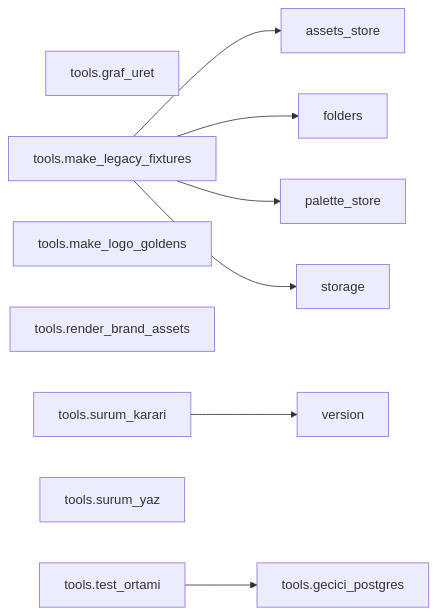
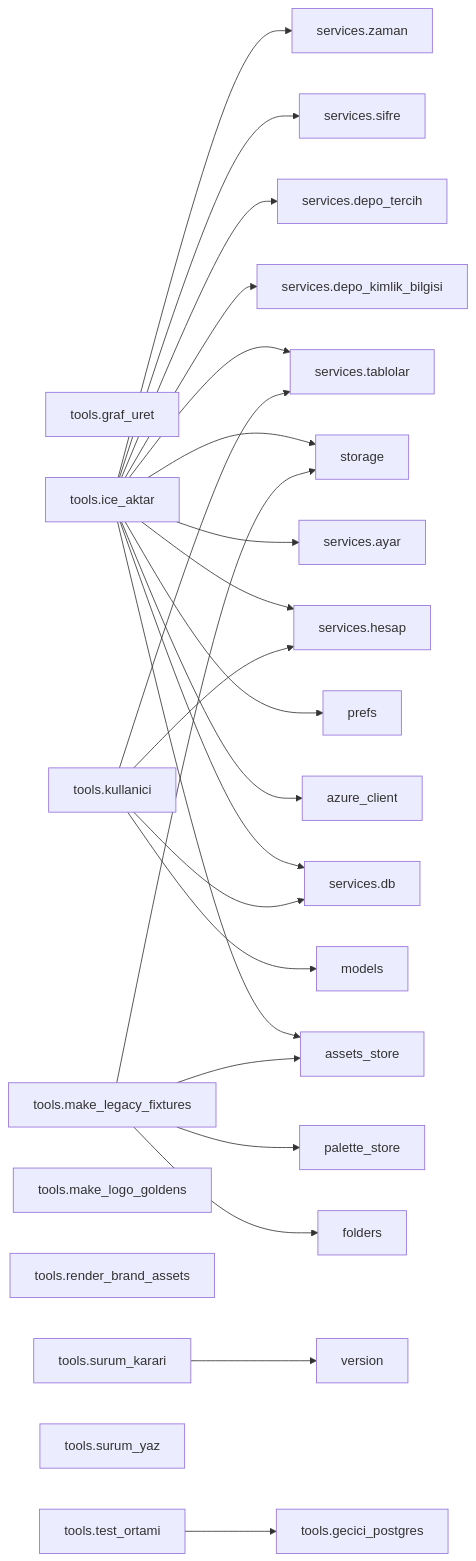
The second of 2 diagrams in docs/graflar/moduller.md (Zenginby/kromis), drawn with Mermaid before and after one commit. The commit also changed other lines of this file and 10 other files, not shown here.

````diff
--- a/docs/graflar/moduller.md
+++ b/docs/graflar/moduller.md
@@ -543,17 +543,35 @@
 ```mermaid
 flowchart LR
   n_tools_gecici_postgres["tools.gecici_postgres"]
   n_tools_graf_uret["tools.graf_uret"]
+  n_tools_ice_aktar["tools.ice_aktar"]
+  n_tools_ice_aktar --> n_assets_store["assets_store"]
+  n_tools_ice_aktar --> n_azure_client["azure_client"]
+  n_tools_ice_aktar --> n_prefs["prefs"]
+  n_tools_ice_aktar --> n_services_ayar["services.ayar"]
+  n_tools_ice_aktar --> n_services_db["services.db"]
+  n_tools_ice_aktar --> n_services_depo_kimlik_bilgisi["services.depo_kimlik_bilgisi"]
+  n_tools_ice_aktar --> n_services_depo_tercih["services.depo_tercih"]
+  n_tools_ice_aktar --> n_services_hesap["services.hesap"]
+  n_tools_ice_aktar --> n_services_sifre["services.sifre"]
+  n_tools_ice_aktar --> n_services_tablolar["services.tablolar"]
+  n_tools_ice_aktar --> n_services_zaman["services.zaman"]
+  n_tools_ice_aktar --> n_storage["storage"]
+  n_tools_kullanici["tools.kullanici"]
+  n_tools_kullanici --> n_models["models"]
+  n_tools_kullanici --> n_services_db["services.db"]
+  n_tools_kullanici --> n_services_hesap["services.hesap"]
+  n_tools_kullanici --> n_services_tablolar["services.tablolar"]
   n_tools_make_legacy_fixtures["tools.make_legacy_fixtures"]
   n_tools_make_legacy_fixtures --> n_assets_store["assets_store"]
   n_tools_make_legacy_fixtures --> n_folders["folders"]
   n_tools_make_legacy_fixtures --> n_palette_store["palette_store"]
   n_tools_make_legacy_fixtures --> n_storage["storage"]
   n_tools_make_logo_goldens["tools.make_logo_goldens"]
   n_tools_render_brand_assets["tools.render_brand_assets"]
   n_tools_surum_karari["tools.surum_karari"]
   n_tools_surum_karari --> n_version["version"]
   n_tools_surum_yaz["tools.surum_yaz"]
   n_tools_test_ortami["tools.test_ortami"]
   n_tools_test_ortami --> n_tools_gecici_postgres["tools.gecici_postgres"]
 ```
````
